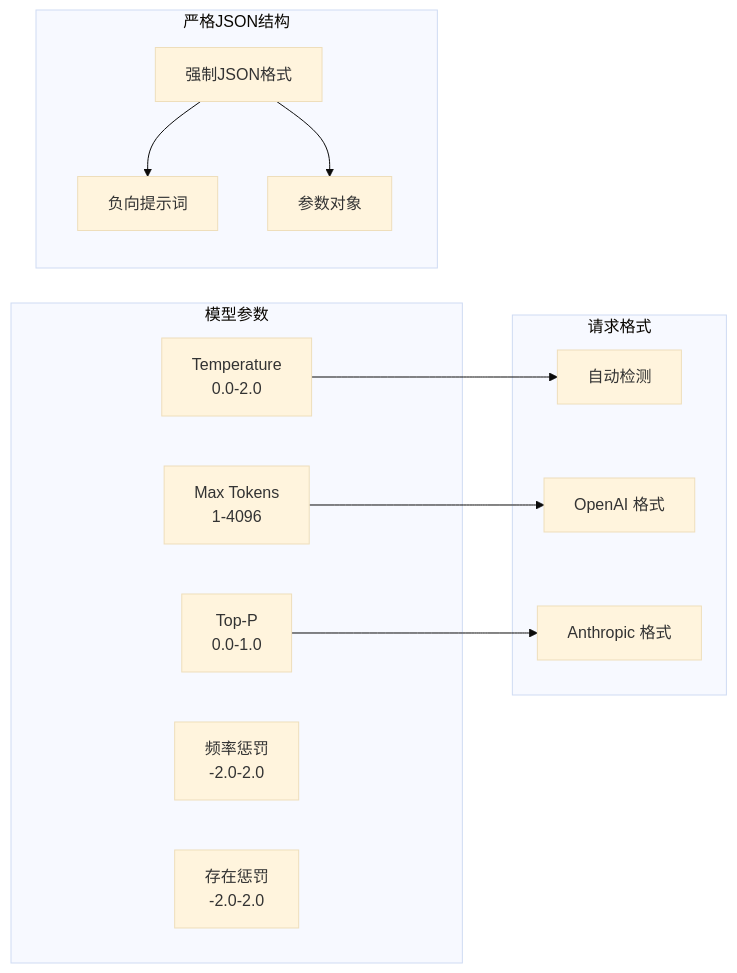
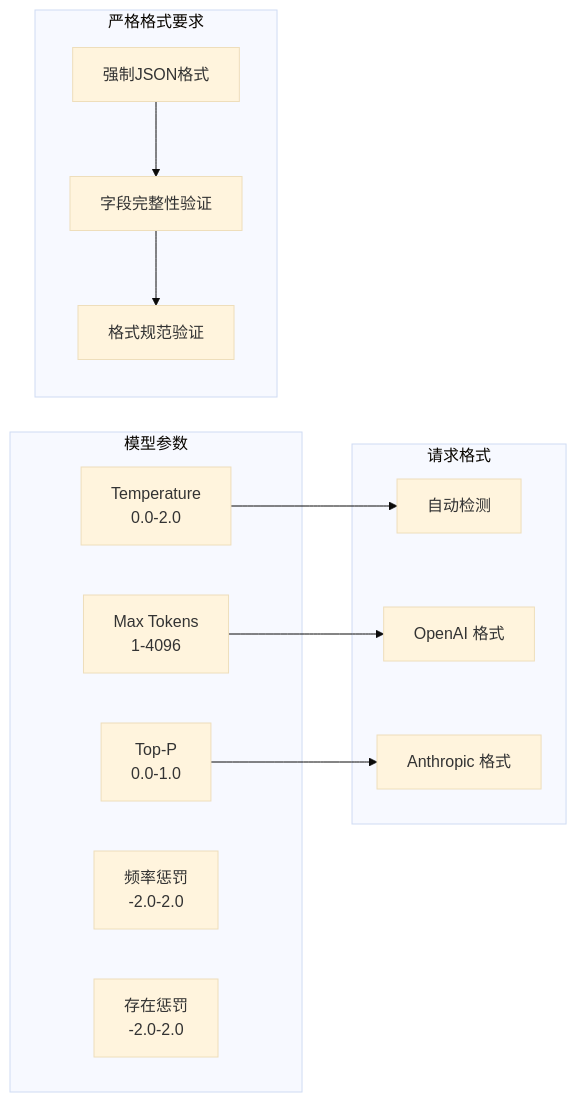
One commit to binasi/Img2Prompt changed the sixth of 11 diagrams in .qoder/repowiki/zh/content/技术架构/核心模块分析/配置管理模块 (config.js).md. Above: the diagram before and after it, drawn with Mermaid (base theme). The commit also changed other lines of this file and 9 other files, not shown here.

````diff
--- a/.qoder/repowiki/zh/content/技术架构/核心模块分析/配置管理模块 (config.js).md
+++ b/.qoder/repowiki/zh/content/技术架构/核心模块分析/配置管理模块 (config.js).md
@@ -413,25 +466,25 @@
 ```mermaid
 flowchart LR
 subgraph "模型参数"
 Temperature[Temperature<br/>0.0-2.0]
 MaxTokens[Max Tokens<br/>1-4096]
 TopP[Top-P<br/>0.0-1.0]
 FrequencyPenalty[频率惩罚<br/>-2.0-2.0]
 PresencePenalty[存在惩罚<br/>-2.0-2.0]
 end
 subgraph "请求格式"
 Auto[自动检测]
 OpenAI[OpenAI 格式]
 Anthropic[Anthropic 格式]
 end
-subgraph "严格JSON结构"
+subgraph "严格格式要求"
 StrictJSON[强制JSON格式]
-NegativePrompt[负向提示词]
-Parameters[参数对象]
+FieldValidation[字段完整性验证]
+FormatValidation[格式规范验证]
 end
 Temperature --> Auto
 MaxTokens --> OpenAI
 TopP --> Anthropic
-StrictJSON --> NegativePrompt
-StrictJSON --> Parameters
+StrictJSON --> FieldValidation
+FieldValidation --> FormatValidation
 ```
````
